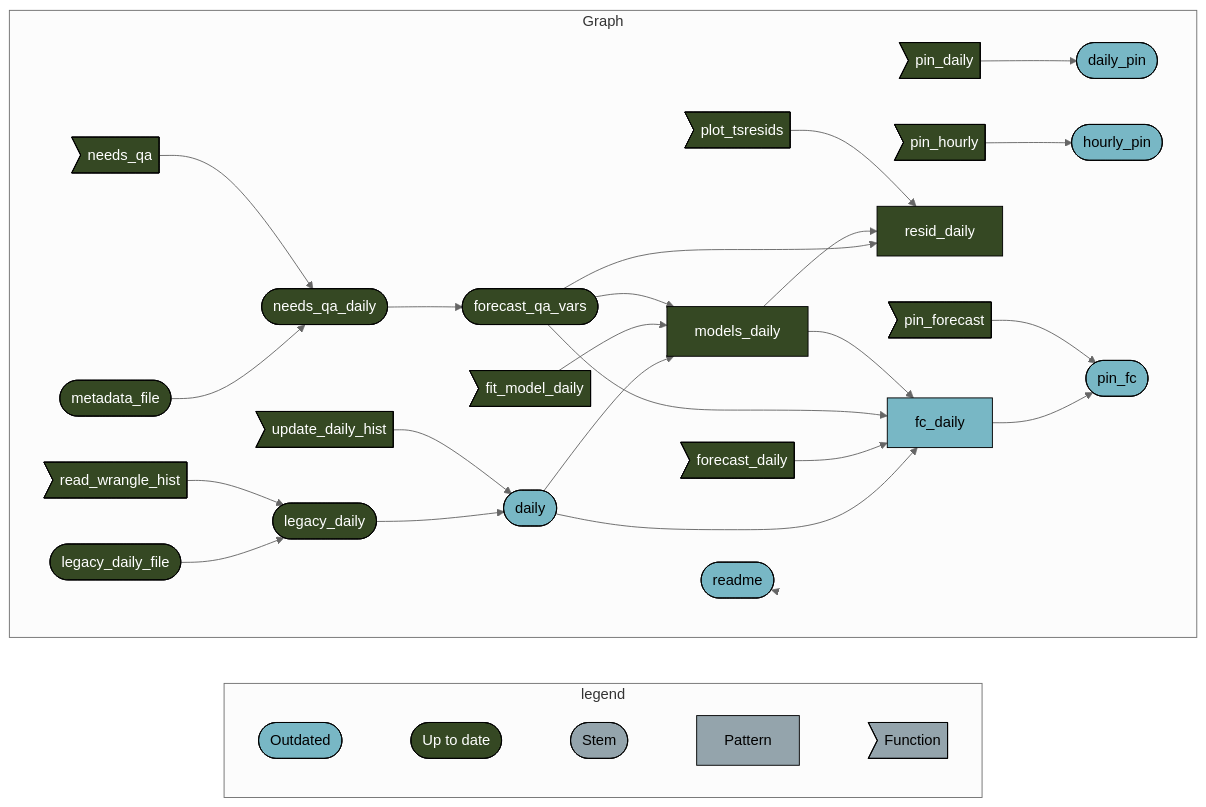
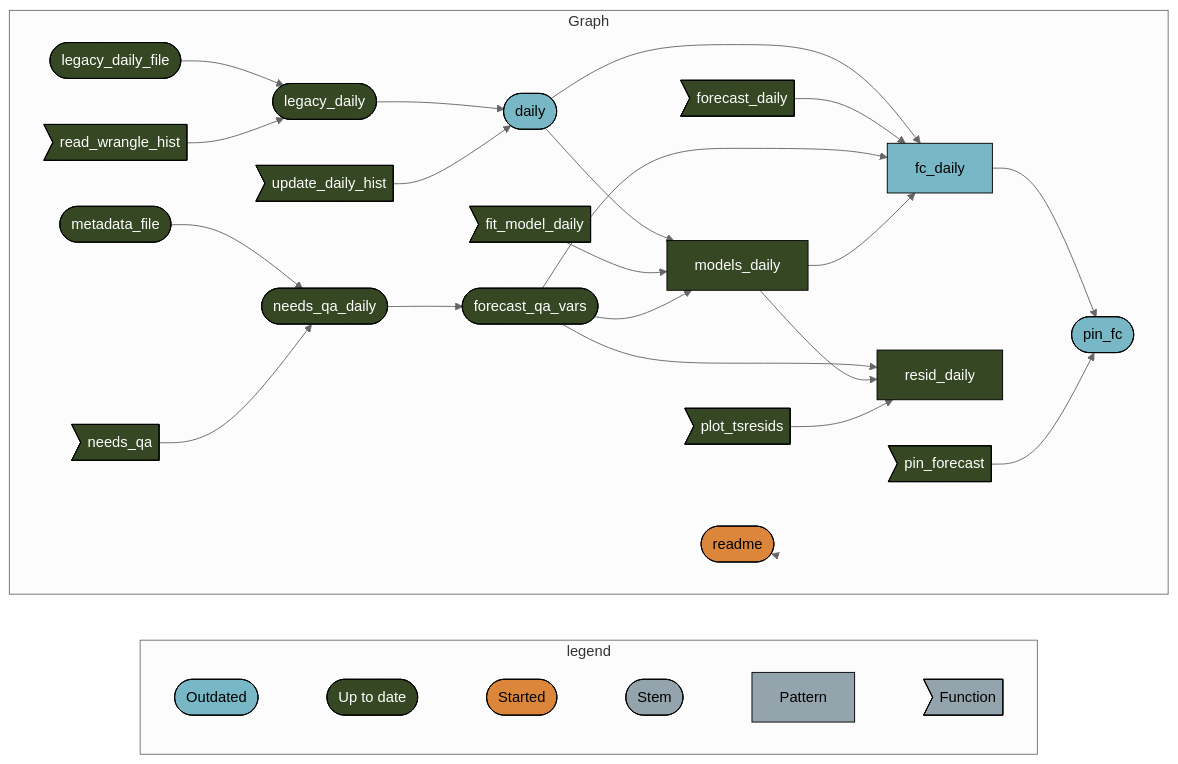
Before and after one commit to uace-azmet/azmet-forecast-qa: the diagram in README.md, drawn with Mermaid (neutral theme). The commit also changed other lines of this file and 3 other files, not shown here.

````diff
--- a/README.md
+++ b/README.md
@@ -52,43 +52,44 @@
 ``` mermaid
 graph LR
   subgraph legend
     direction LR
     x0a52b03877696646([""Outdated""]):::outdated --- x7420bd9270f8d27d([""Up to date""]):::uptodate
-    x7420bd9270f8d27d([""Up to date""]):::uptodate --- xbf4603d6c2c2ad6b([""Stem""]):::none
+    x7420bd9270f8d27d([""Up to date""]):::uptodate --- x5b3426b4c7fa7dbc([""Started""]):::started
+    x5b3426b4c7fa7dbc([""Started""]):::started --- xbf4603d6c2c2ad6b([""Stem""]):::none
     xbf4603d6c2c2ad6b([""Stem""]):::none --- x70a5fa6bea6f298d[""Pattern""]:::none
     x70a5fa6bea6f298d[""Pattern""]:::none --- xf0bce276fe2b9d3e>""Function""]:::none
   end
   subgraph Graph
     direction LR
-    x77849b39697a3636>"pin_daily"]:::uptodate --> xfdd8393239dc060b(["daily_pin"]):::outdated
-    x077876839e5cc13d>"pin_hourly"]:::uptodate --> x35480c72297980cb(["hourly_pin"]):::outdated
+    x3d7b2a2ab5636113(["metadata_file"]):::uptodate --> xdfae9ea4e5207cef(["needs_qa_daily"]):::uptodate
+    x06ab7116eed66f15>"needs_qa"]:::uptodate --> xdfae9ea4e5207cef(["needs_qa_daily"]):::uptodate
+    xdfae9ea4e5207cef(["needs_qa_daily"]):::uptodate --> x601d3b0e7d261371(["forecast_qa_vars"]):::uptodate
+    x1920bdb737e11d2e(["legacy_daily_file"]):::uptodate --> xff9b736edef41c8b(["legacy_daily"]):::uptodate
+    x842666df821db265>"read_wrangle_hist"]:::uptodate --> xff9b736edef41c8b(["legacy_daily"]):::uptodate
+    x6233d5fdb54d5242(["daily"]):::outdated --> xdd96ec4b0bb5ab6b["fc_daily"]:::outdated
+    x4bc7352f98499683>"forecast_daily"]:::uptodate --> xdd96ec4b0bb5ab6b["fc_daily"]:::outdated
+    x601d3b0e7d261371(["forecast_qa_vars"]):::uptodate --> xdd96ec4b0bb5ab6b["fc_daily"]:::outdated
+    x4d3c4dcfeadc796d["models_daily"]:::uptodate --> xdd96ec4b0bb5ab6b["fc_daily"]:::outdated
     x601d3b0e7d261371(["forecast_qa_vars"]):::uptodate --> x0bb4ecca77d3d4a0["resid_daily"]:::uptodate
     x4d3c4dcfeadc796d["models_daily"]:::uptodate --> x0bb4ecca77d3d4a0["resid_daily"]:::uptodate
     x10e889bcd8b0fd60>"plot_tsresids"]:::uptodate --> x0bb4ecca77d3d4a0["resid_daily"]:::uptodate
-    x1920bdb737e11d2e(["legacy_daily_file"]):::uptodate --> xff9b736edef41c8b(["legacy_daily"]):::uptodate
-    x842666df821db265>"read_wrangle_hist"]:::uptodate --> xff9b736edef41c8b(["legacy_daily"]):::uptodate
     x6233d5fdb54d5242(["daily"]):::outdated --> x4d3c4dcfeadc796d["models_daily"]:::uptodate
     x1f5572089e80d919>"fit_model_daily"]:::uptodate --> x4d3c4dcfeadc796d["models_daily"]:::uptodate
     x601d3b0e7d261371(["forecast_qa_vars"]):::uptodate --> x4d3c4dcfeadc796d["models_daily"]:::uptodate
     xdd96ec4b0bb5ab6b["fc_daily"]:::outdated --> x8f5c47b9b7da7e75(["pin_fc"]):::outdated
     x82c22abbb211b5ee>"pin_forecast"]:::uptodate --> x8f5c47b9b7da7e75(["pin_fc"]):::outdated
-    x6233d5fdb54d5242(["daily"]):::outdated --> xdd96ec4b0bb5ab6b["fc_daily"]:::outdated
-    x4bc7352f98499683>"forecast_daily"]:::uptodate --> xdd96ec4b0bb5ab6b["fc_daily"]:::outdated
-    x601d3b0e7d261371(["forecast_qa_vars"]):::uptodate --> xdd96ec4b0bb5ab6b["fc_daily"]:::outdated
-    x4d3c4dcfeadc796d["models_daily"]:::uptodate --> xdd96ec4b0bb5ab6b["fc_daily"]:::outdated
-    x3d7b2a2ab5636113(["metadata_file"]):::uptodate --> xdfae9ea4e5207cef(["needs_qa_daily"]):::uptodate
-    x06ab7116eed66f15>"needs_qa"]:::uptodate --> xdfae9ea4e5207cef(["needs_qa_daily"]):::uptodate
     xff9b736edef41c8b(["legacy_daily"]):::uptodate --> x6233d5fdb54d5242(["daily"]):::outdated
     x8b3096a190996662>"update_daily_hist"]:::uptodate --> x6233d5fdb54d5242(["daily"]):::outdated
-    xdfae9ea4e5207cef(["needs_qa_daily"]):::uptodate --> x601d3b0e7d261371(["forecast_qa_vars"]):::uptodate
-    x6e52cb0f1668cc22(["readme"]):::outdated --> x6e52cb0f1668cc22(["readme"]):::outdated
+    x6e52cb0f1668cc22(["readme"]):::started --> x6e52cb0f1668cc22(["readme"]):::started
   end
   classDef outdated stroke:#000000,color:#000000,fill:#78B7C5;
   classDef uptodate stroke:#000000,color:#ffffff,fill:#354823;
+  classDef started stroke:#000000,color:#000000,fill:#DC863B;
   classDef none stroke:#000000,color:#000000,fill:#94a4ac;
   linkStyle 0 stroke-width:0px;
   linkStyle 1 stroke-width:0px;
   linkStyle 2 stroke-width:0px;
   linkStyle 3 stroke-width:0px;
-  linkStyle 25 stroke-width:0px;
+  linkStyle 4 stroke-width:0px;
+  linkStyle 24 stroke-width:0px;
 ```
````
